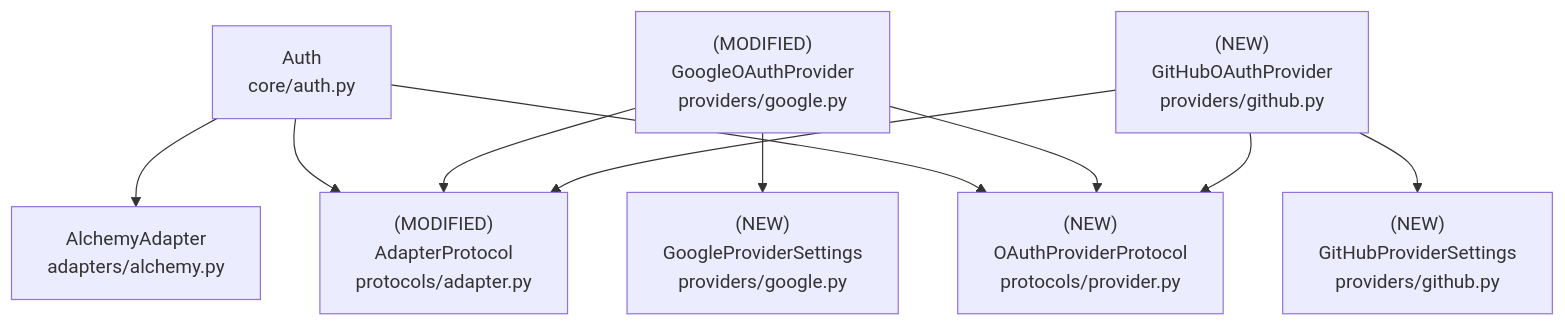
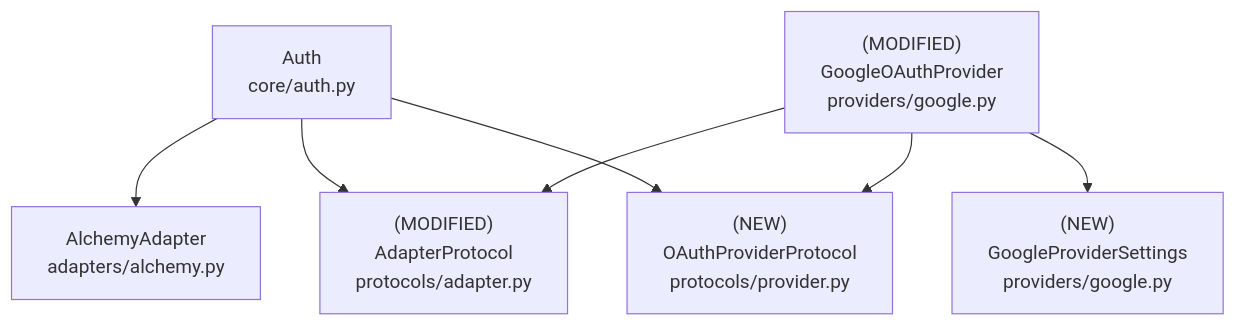
One commit to mplemay/belgie changed the third of 3 diagrams in design/002-generic-oauth-providers.md. Above: the diagram before and after it, drawn with Mermaid. The commit also changed other lines of this file, not shown here.

````diff
--- a/design/002-generic-oauth-providers.md
+++ b/design/002-generic-oauth-providers.md
@@ -307,21 +301,16 @@
 ```mermaid
 graph TD
     Auth["Auth<br/>core/auth.py"]
     ProviderProtocol["(NEW)<br/>OAuthProviderProtocol<br/>protocols/provider.py"]
     AdapterProtocol["(MODIFIED)<br/>AdapterProtocol<br/>protocols/adapter.py"]
     GoogleProvider["(MODIFIED)<br/>GoogleOAuthProvider<br/>providers/google.py"]
     GoogleSettings["(NEW)<br/>GoogleProviderSettings<br/>providers/google.py"]
-    GitHubProvider["(NEW)<br/>GitHubOAuthProvider<br/>providers/github.py"]
-    GitHubSettings["(NEW)<br/>GitHubProviderSettings<br/>providers/github.py"]
     Adapter["AlchemyAdapter<br/>adapters/alchemy.py"]
 
     Auth --> ProviderProtocol
     Auth --> AdapterProtocol
     Auth --> Adapter
     GoogleProvider --> ProviderProtocol
     GoogleProvider --> GoogleSettings
     GoogleProvider --> AdapterProtocol
-    GitHubProvider --> ProviderProtocol
-    GitHubProvider --> GitHubSettings
-    GitHubProvider --> AdapterProtocol
 ```
````
